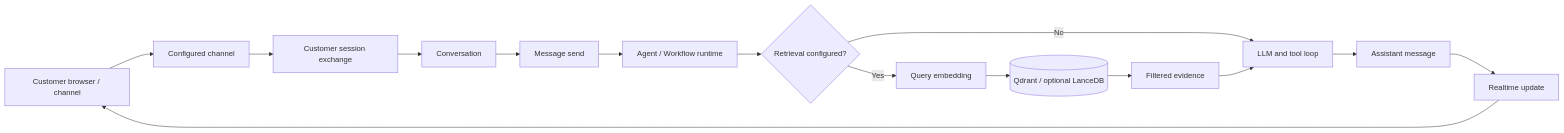
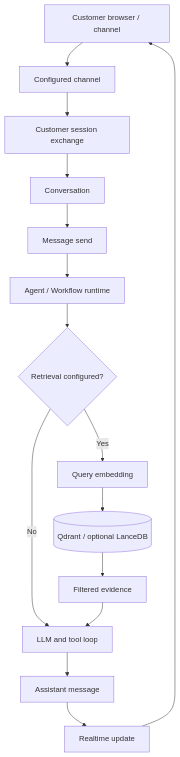
Before and after one commit to Swhshd/kestreldesk: the second of 6 diagrams in README.md, drawn with Mermaid. The commit also changed other lines of this file, not shown here.

Commit message:
docs: improve README diagram readability

````diff
--- a/README.md
+++ b/README.md
@@ -131,17 +119,17 @@
 ```mermaid
-flowchart LR
+flowchart TB
   browser[Customer browser / channel] --> config[Configured channel]
   config --> exchange[Customer session exchange]
   exchange --> conversation[Conversation]
   conversation --> send[Message send]
   send --> runtime[Agent / Workflow runtime]
   runtime --> decision{Retrieval configured?}
   decision -->|No| llm[LLM and tool loop]
   decision -->|Yes| embedding[Query embedding]
   embedding --> vector[(Qdrant / optional LanceDB)]
   vector --> evidence[Filtered evidence]
   evidence --> llm
   llm --> reply[Assistant message]
   reply --> realtime[Realtime update]
   realtime --> browser
 ```
````
